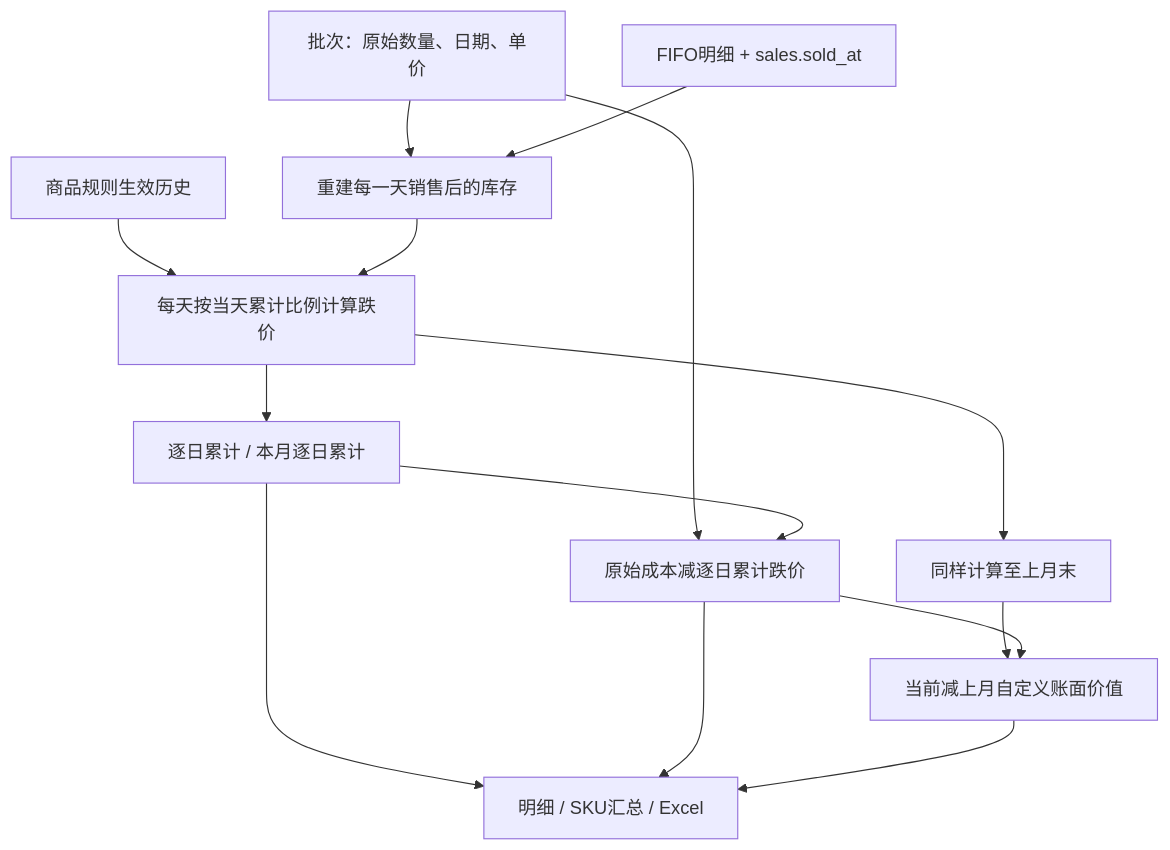
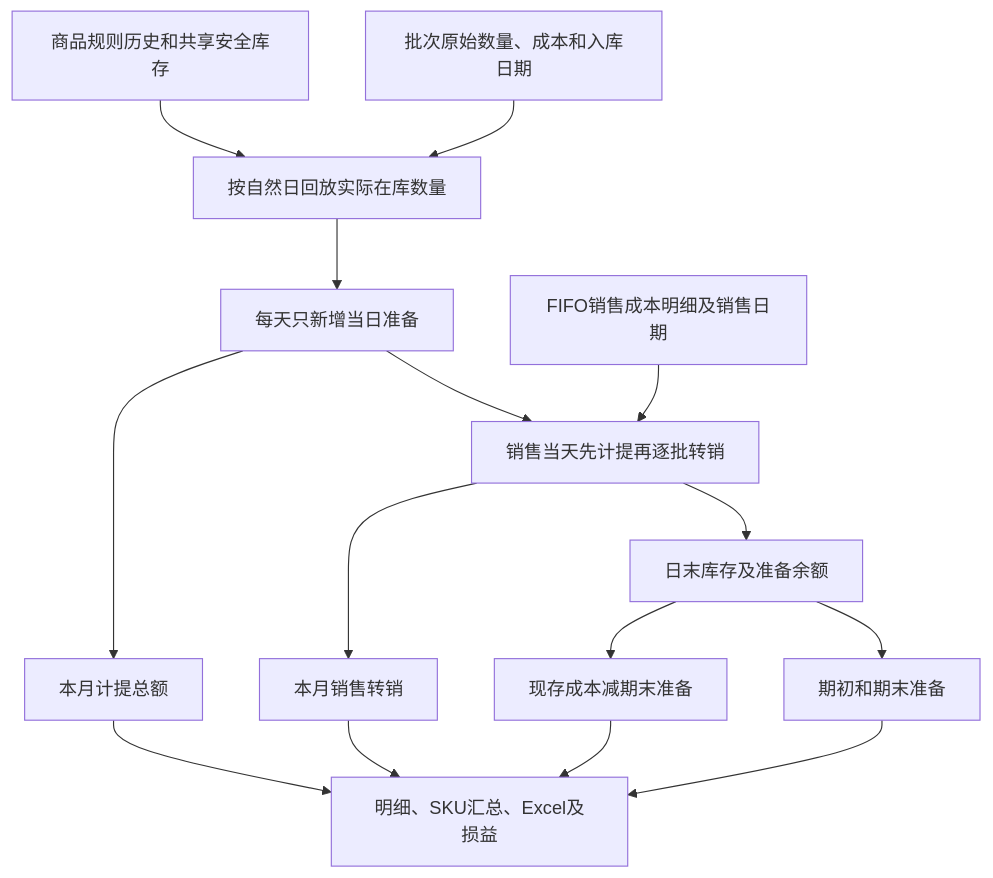
The diagram in docs/modules/reports/inventory-impairment-fields.md (yueweiit/FastAPIProject), drawn with Mermaid before and after one commit. The commit also changed other lines of this file and 17 other files, not shown here.

````diff
--- a/docs/modules/reports/inventory-impairment-fields.md
+++ b/docs/modules/reports/inventory-impairment-fields.md
@@ -20,16 +20,17 @@
 ```mermaid
 flowchart TD
-    I["批次：原始数量、日期、单价"] --> Q["重建每一天销售后的库存"]
-    S["FIFO明细 + sales.sold_at"] --> Q
-    H["商品规则生效历史"] --> A["每天按当天累计比例计算跌价"]
-    Q --> A
-    A --> Y["逐日累计 / 本月逐日累计"]
-    I --> V["原始成本减逐日累计跌价"]
-    Y --> V
-    A --> P["同样计算至上月末"]
-    P --> C["当前减上月自定义账面价值"]
-    V --> C
-    Y --> O["明细 / SKU汇总 / Excel"]
-    V --> O
-    C --> O
+    I[批次原始数量、成本和入库日期] --> R[按自然日回放实际在库数量]
+    H[商品规则历史和共享安全库存] --> R
+    R --> A[每天只新增当日准备]
+    S[FIFO销售成本明细及销售日期] --> W[销售当天先计提再逐批转销]
+    A --> W
+    W --> B[日末库存及准备余额]
+    B --> P[期初和期末准备]
+    A --> M[本月计提总额]
+    W --> O[本月销售转销]
+    B --> V[现存成本减期末准备]
+    P --> X[明细、SKU汇总、Excel及损益]
+    M --> X
+    O --> X
+    V --> X
 ```
````
